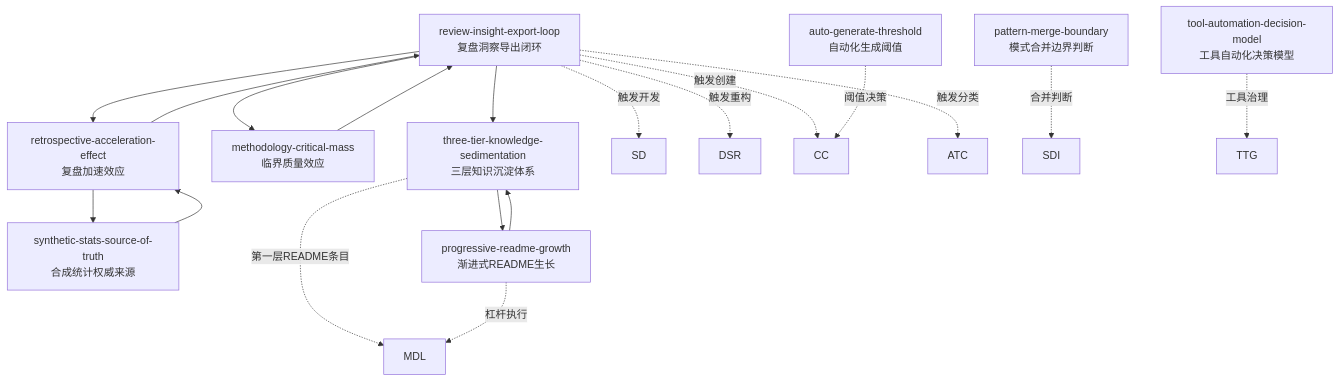
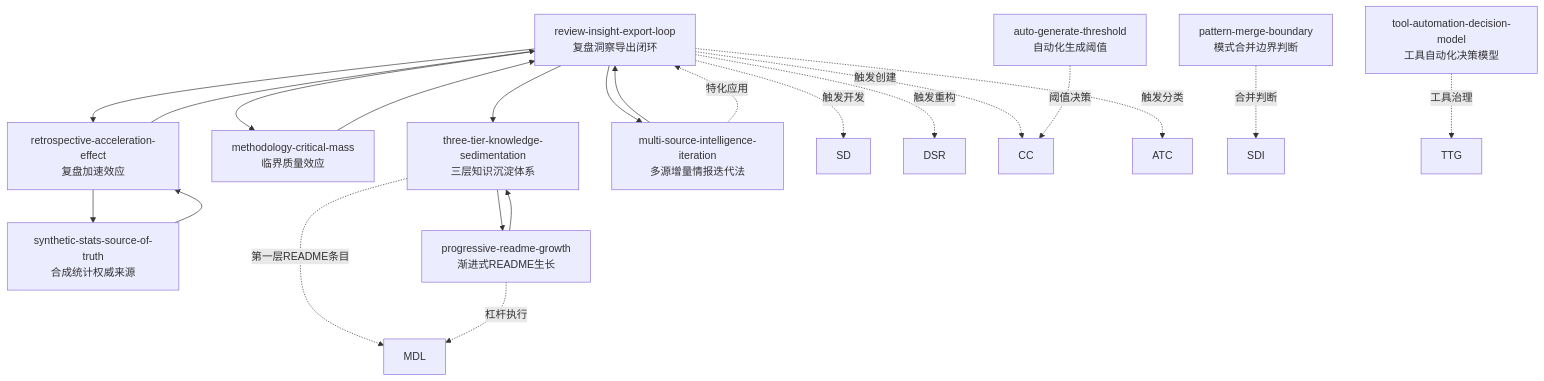
Before and after one commit to xinetzone/SpecWeave: the third of 5 diagrams in docs/retrospective/patterns/methodology-patterns/README.md, drawn with Mermaid. The commit also changed other lines of this file and 6 other files, not shown here.

````diff
--- a/docs/retrospective/patterns/methodology-patterns/README.md
+++ b/docs/retrospective/patterns/methodology-patterns/README.md
@@ -151,32 +152,36 @@
 ```mermaid
 flowchart TD
     RIE[review-insight-export-loop<br/>复盘洞察导出闭环]
     RAE[retrospective-acceleration-effect<br/>复盘加速效应]
     MCM[methodology-critical-mass<br/>临界质量效应]
     TAD[tool-automation-decision-model<br/>工具自动化决策模型]
     ATG[auto-generate-threshold<br/>自动化生成阈值]
     PMB[pattern-merge-boundary<br/>模式合并边界判断]
     SST[synthetic-stats-source-of-truth<br/>合成统计权威来源]
     TKS[three-tier-knowledge-sedimentation<br/>三层知识沉淀体系]
     PRG[progressive-readme-growth<br/>渐进式README生长]
+    MSI[multi-source-intelligence-iteration<br/>多源增量情报迭代法]
 
     RIE --> RAE
     RAE --> RIE
     RIE --> MCM
     MCM --> RIE
     RAE --> SST
     SST --> RAE
     RIE --> TKS
     TKS --> PRG
     PRG --> TKS
+    RIE --> MSI
+    MSI --> RIE
 
     RIE -.->|"触发开发"| SD
     RIE -.->|"触发重构"| DSR
     RIE -.->|"触发创建"| CC
     RIE -.->|"触发分类"| ATC
+    MSI -.->|"特化应用"| RIE
     ATG -.->|"阈值决策"| CC
     PMB -.->|"合并判断"| SDI
     TAD -.->|"工具治理"| TTG
     TKS -.->|"第一层README条目"| MDL
     PRG -.->|"杠杆执行"| MDL
 ```
````
